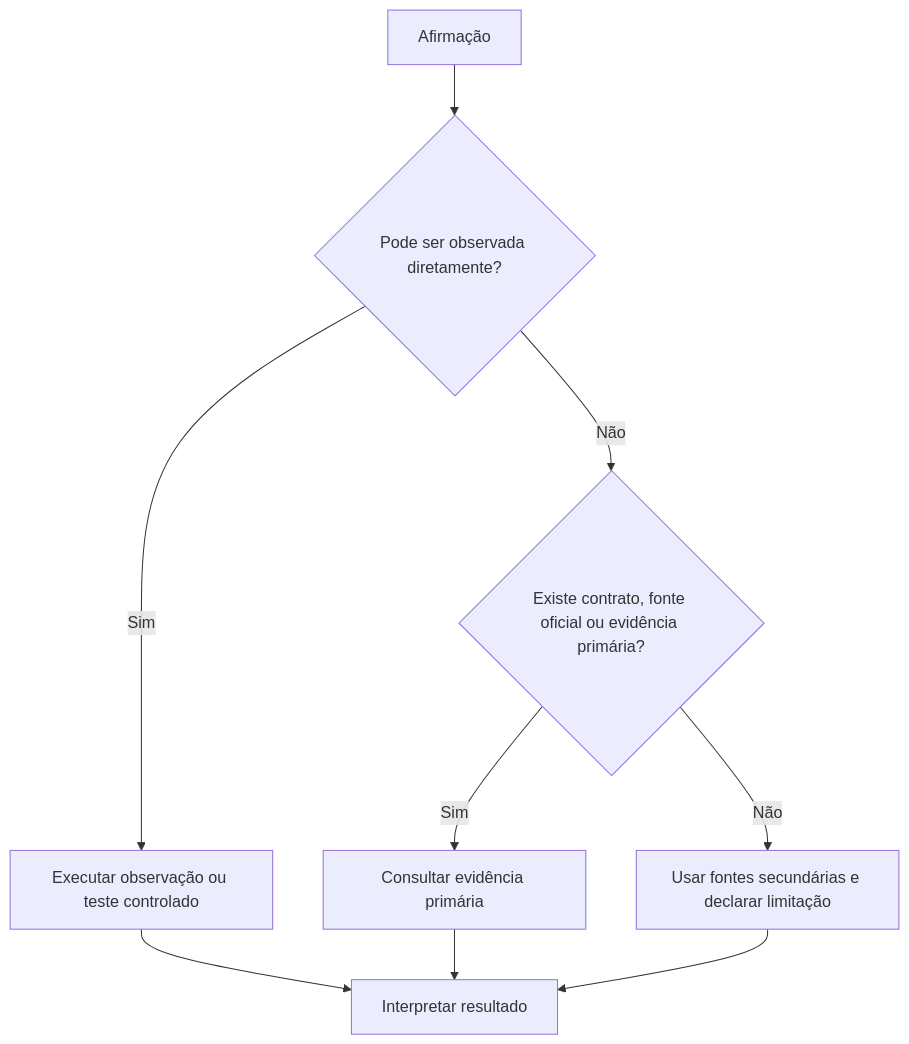
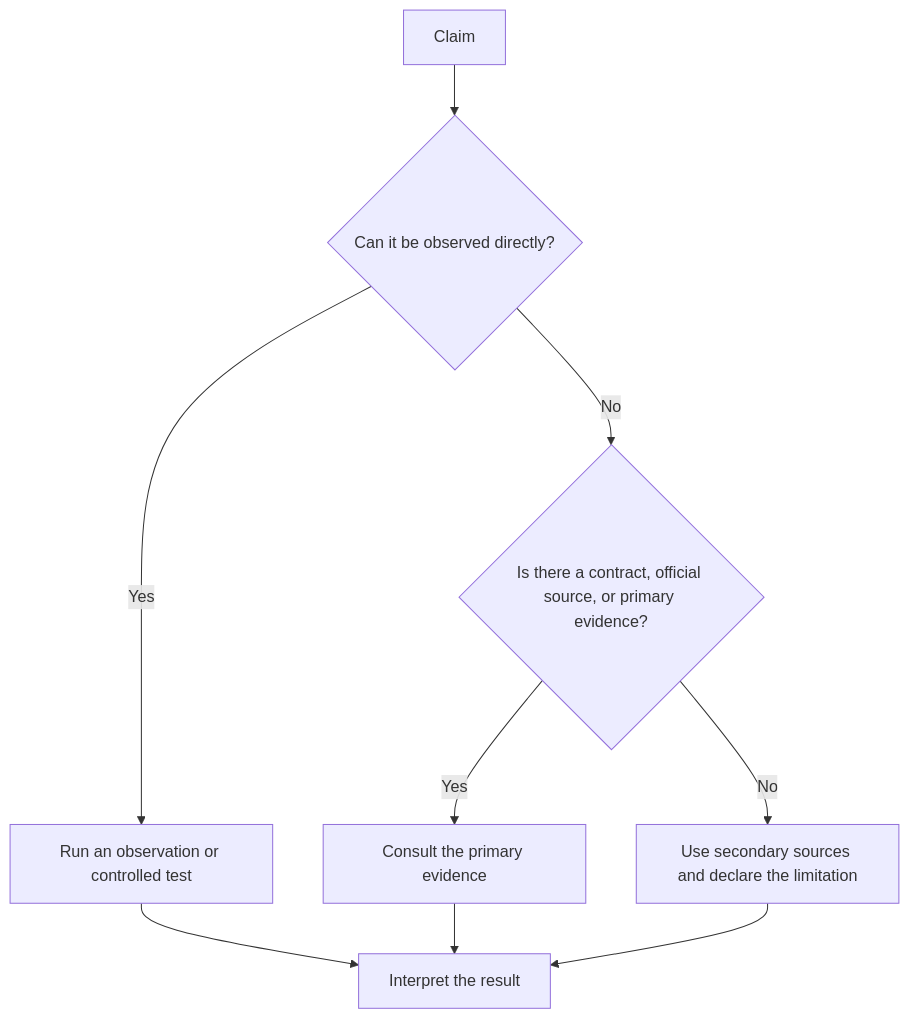
Before and after one commit to rpelizza/PelizzAI: the second of 2 diagrams in .claude/skills/pelizzai-reasoning/techniques/verification.md, drawn with Mermaid. The commit also changed other lines of this file and 362 other files, not shown here.

````diff
--- a/.claude/skills/pelizzai-reasoning/techniques/verification.md
+++ b/.claude/skills/pelizzai-reasoning/techniques/verification.md
@@ -298,11 +298,11 @@
 ```mermaid
 flowchart TD
-    A[Afirmação] --> B{Pode ser observada diretamente?}
-    B -- Sim --> C[Executar observação ou teste controlado]
-    B -- Não --> D{Existe contrato, fonte oficial ou evidência primária?}
-    D -- Sim --> E[Consultar evidência primária]
-    D -- Não --> F[Usar fontes secundárias e declarar limitação]
-    C --> G[Interpretar resultado]
+    A[Claim] --> B{Can it be observed directly?}
+    B -- Yes --> C[Run an observation or controlled test]
+    B -- No --> D{Is there a contract, official source, or primary evidence?}
+    D -- Yes --> E[Consult the primary evidence]
+    D -- No --> F[Use secondary sources and declare the limitation]
+    C --> G[Interpret the result]
     E --> G
     F --> G
 ```
````
